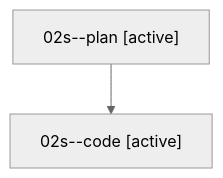
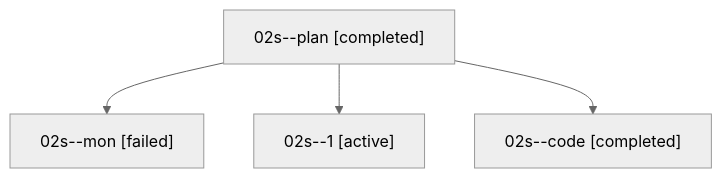
The diagram in families/bbugyi200.athena.02s.md (sase-org/sase--agents), drawn with Mermaid (neutral theme) before and after one commit. The commit also changed other lines of this file and 55 other files, not shown here.

````diff
--- a/families/bbugyi200.athena.02s.md
+++ b/families/bbugyi200.athena.02s.md
@@ -9,6 +9,10 @@
 ```mermaid
 flowchart TD
-  n0["02s--plan [active]"]
-  n1["02s--code [active]"]
+  n0["02s--plan [completed]"]
+  n1["02s--mon [failed]"]
   n0 --> n1
+  n2["02s--1 [active]"]
+  n0 --> n2
+  n3["02s--code [completed]"]
+  n0 --> n3
 ```
````
